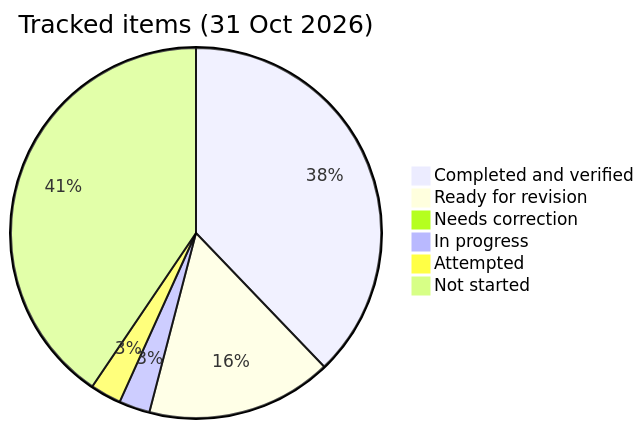
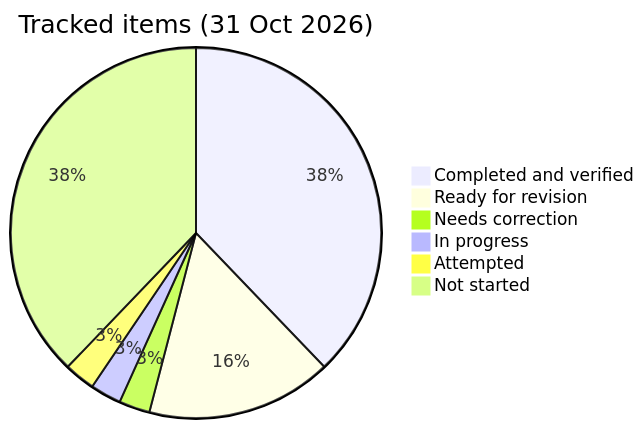
The diagram in PROGRESS.md (PrashantSury/java-switch-journey), drawn with Mermaid before and after one commit. The commit also changed other lines of this file and 1 other file, not shown here.

Commit message:
Day 04 Q&A graded: update PROGRESS and day09 (Needs correction, re-answer by 3 Nov)

````diff
--- a/PROGRESS.md
+++ b/PROGRESS.md
@@ -147,9 +147,9 @@
 ```mermaid
 pie title Tracked items (31 Oct 2026)
   "Completed and verified" : 14
   "Ready for revision" : 6
-  "Needs correction" : 0
+  "Needs correction" : 1
   "In progress" : 1
   "Attempted" : 1
-  "Not started" : 15
+  "Not started" : 14
 ```
````
